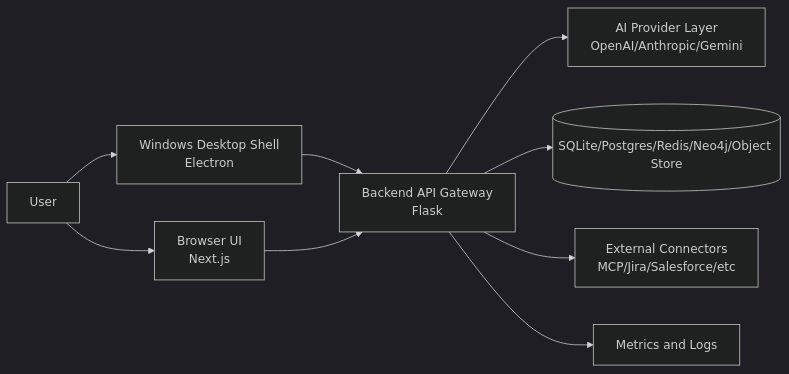
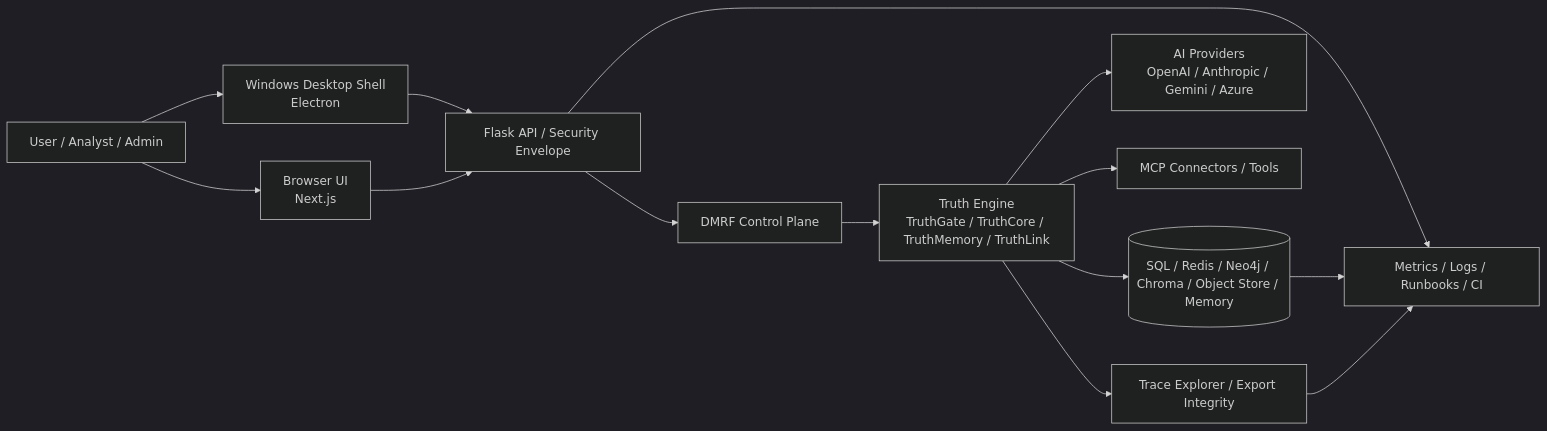
One commit to kherrera6219/DataLogicEngine changed the first of 3 diagrams in docs/ARCHITECTURE_MAP.md. Above: the diagram before and after it, drawn with Mermaid (dark theme). The commit also changed other lines of this file, not shown here.

Commit message:
docs: refresh architecture map for current system

````diff
--- a/docs/ARCHITECTURE_MAP.md
+++ b/docs/ARCHITECTURE_MAP.md
@@ -16,20 +31,28 @@
 ```mermaid
 flowchart LR
-    user[User]
-    desktop[Windows Desktop Shell<br/>Electron]
-    browser[Browser UI<br/>Next.js]
-    api[Backend API Gateway<br/>Flask]
-    ai[AI Provider Layer<br/>OpenAI/Anthropic/Gemini]
-    data[(SQLite/Postgres/Redis/Neo4j/Object Store)]
-    connectors[External Connectors<br/>MCP/Jira/Salesforce/etc]
-    metrics[Metrics and Logs]
+    user[User / Analyst / Admin]
+    desktop[Windows Desktop Shell\nElectron]
+    browser[Browser UI\nNext.js]
+    api[Flask API / Security Envelope]
+    dmrf[DMRF Control Plane]
+    truth[Truth Engine\nTruthGate / TruthCore / TruthMemory / TruthLink]
+    data[(SQL / Redis / Neo4j / Chroma / Object Store / Memory)]
+    providers[AI Providers\nOpenAI / Anthropic / Gemini / Azure]
+    connectors[MCP Connectors / Tools]
+    traces[Trace Explorer / Export Integrity]
+    ops[Metrics / Logs / Runbooks / CI]
 
     user --> desktop
     user --> browser
     desktop --> api
     browser --> api
-    api --> ai
-    api --> data
-    api --> connectors
-    api --> metrics
+    api --> dmrf
+    dmrf --> truth
+    truth --> providers
+    truth --> connectors
+    truth --> data
+    truth --> traces
+    api --> ops
+    data --> ops
+    traces --> ops
 ```
````
